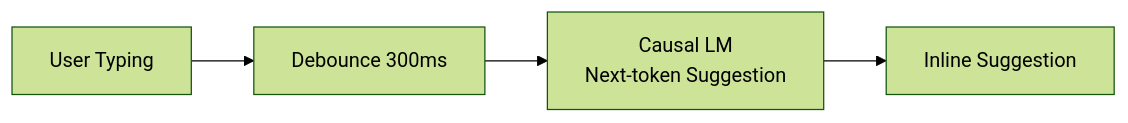
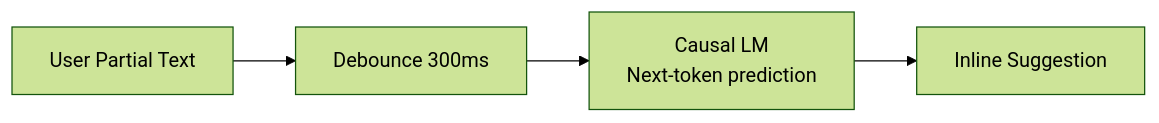
One commit to delisha02/droitdraft changed the eighth of 8 diagrams in docs/implementation.md. Above: the diagram before and after it, drawn with Mermaid (forest theme). The commit also changed other lines of this file, not shown here.

````diff
--- a/docs/implementation.md
+++ b/docs/implementation.md
@@ -142,6 +164,7 @@
 ```mermaid
 flowchart LR
-    ED["User Typing"] --> DB["Debounce 300ms"]
-    DB --> CLM["Causal LM\nNext-token Suggestion"]
+    ED["User Partial Text"] --> DB["Debounce 300ms"]
+    DB --> CLM["Causal LM
+Next-token prediction"]
     CLM --> SG["Inline Suggestion"]
 ```
````
